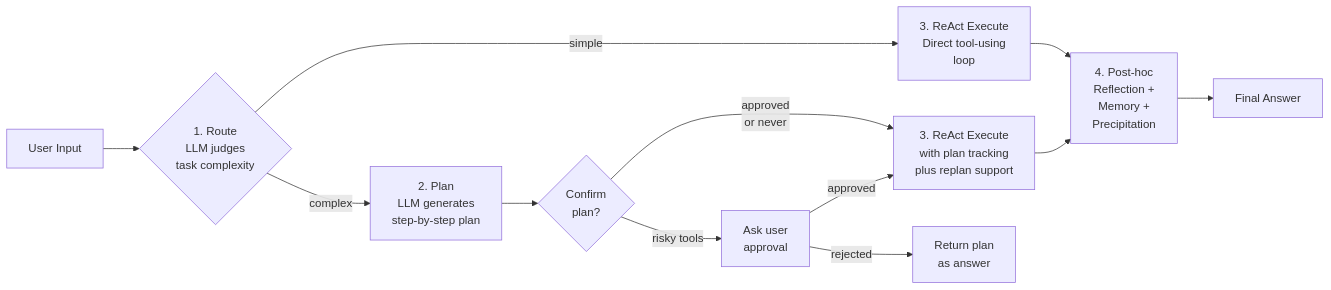
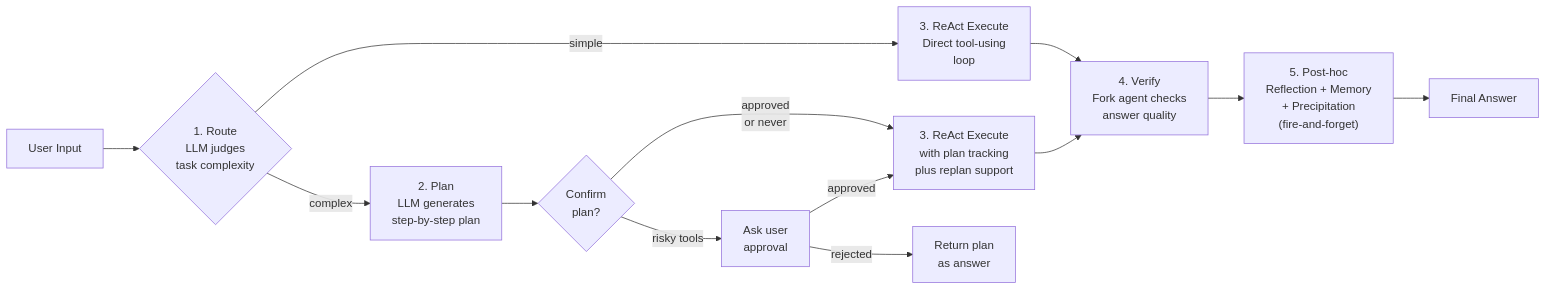
Before and after one commit to kkhhhh-ll/kagent-ts: the third of 5 diagrams in README.md, drawn with Mermaid. The commit also changed other lines of this file and 21 other files, not shown here.

Commit message:
feat: add verify agent

````diff
--- a/README.md
+++ b/README.md
@@ -142,19 +143,20 @@
 ```mermaid
 flowchart LR
     U["User Input"] --> ROUTE{"1. Route\nLLM judges\ntask complexity"}
 
     ROUTE -->|"simple"| REACT["3. ReAct Execute\nDirect tool-using\nloop"]
     ROUTE -->|"complex"| PLAN["2. Plan\nLLM generates\nstep-by-step plan"]
 
     PLAN --> CONFIRM{"Confirm\nplan?"}
     CONFIRM -->|"risky tools"| ASK["Ask user\napproval"]
     CONFIRM -->|"approved\nor never"| EXEC["3. ReAct Execute\nwith plan tracking\nplus replan support"]
 
     ASK -->|"approved"| EXEC
     ASK -->|"rejected"| RETURN["Return plan\nas answer"]
 
-    REACT --> REFLECT
-    EXEC --> REFLECT
+    REACT --> VERIFY
+    EXEC --> VERIFY
 
-    REFLECT["4. Post-hoc\nReflection +\nMemory +\nPrecipitation"] --> ANSWER["Final Answer"]
+    VERIFY["4. Verify\nFork agent checks\nanswer quality"] --> REFLECT
+    REFLECT["5. Post-hoc\nReflection + Memory\n+ Precipitation\n(fire-and-forget)"] --> ANSWER["Final Answer"]
 ```
````
